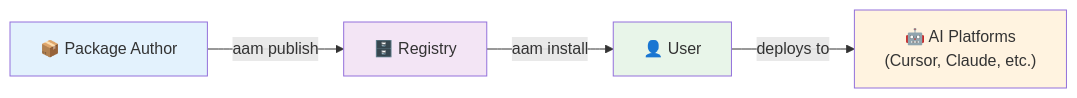
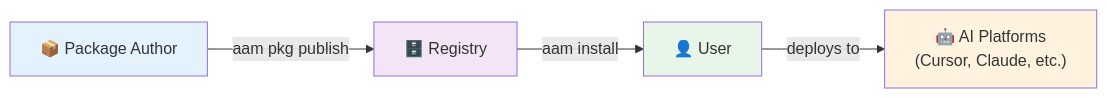
The diagram in docs/user_docs/docs/getting-started/index.md (spazyCZ/agent-package-manager), drawn with Mermaid before and after one commit. The commit also changed 80 other files, not shown here.

````diff
--- a/docs/user_docs/docs/getting-started/index.md
+++ b/docs/user_docs/docs/getting-started/index.md
@@ -87,11 +87,11 @@
 ```mermaid
 flowchart LR
-    Author["📦 Package Author"] -->|aam publish| Registry["🗄️ Registry"]
+    Author["📦 Package Author"] -->|aam pkg publish| Registry["🗄️ Registry"]
     Registry -->|aam install| User["👤 User"]
     User -->|deploys to| Platforms["🤖 AI Platforms<br/>(Cursor, Claude, etc.)"]
 
     style Author fill:#e3f2fd
     style Registry fill:#f3e5f5
     style User fill:#e8f5e9
     style Platforms fill:#fff3e0
 ```
````
